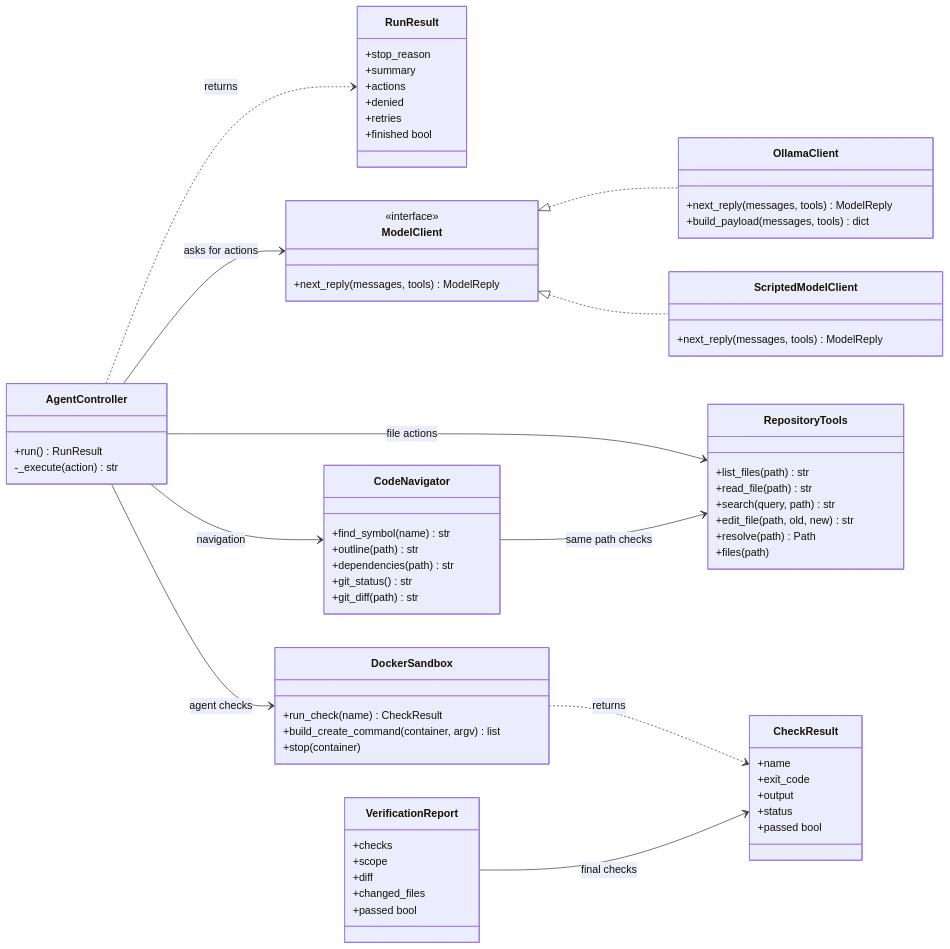
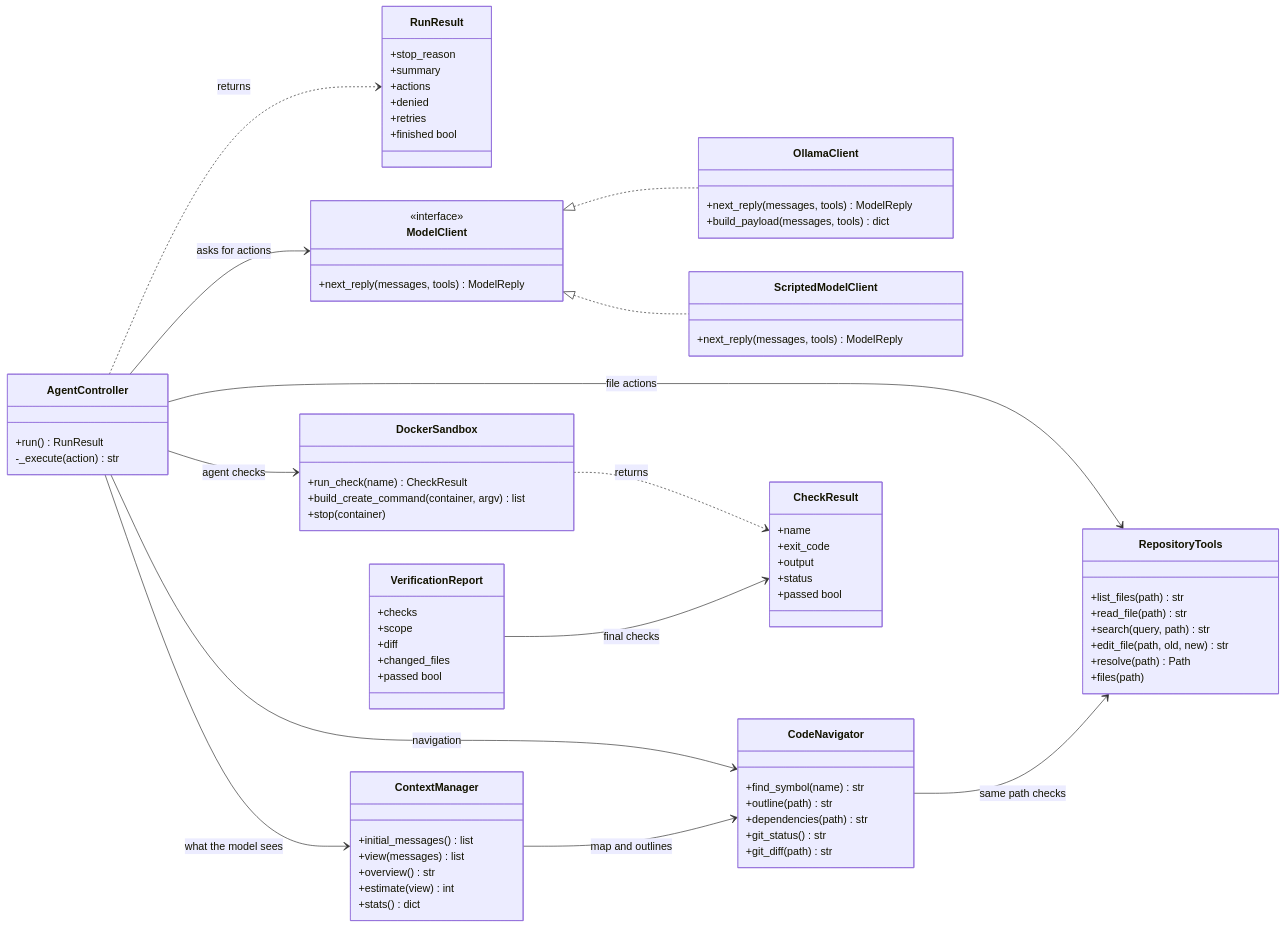
Before and after one commit to linda-gan/swe25-aaia-coding-harness: the second of 5 diagrams in README.md, drawn with Mermaid. The commit also changed other lines of this file and 10 other files, not shown here.

Commit message:
Add context management: repository overview, untrusted markers, size limit

````diff
--- a/README.md
+++ b/README.md
@@ -217,71 +221,80 @@
 ```mermaid
 classDiagram
     direction LR
     class AgentController {
         +run() RunResult
         -_execute(action) str
     }
     class RunResult {
         +stop_reason
         +summary
         +actions
         +denied
         +retries
         +finished bool
     }
     class ModelClient {
         <<interface>>
         +next_reply(messages, tools) ModelReply
     }
     class OllamaClient {
         +next_reply(messages, tools) ModelReply
         +build_payload(messages, tools) dict
     }
     class ScriptedModelClient {
         +next_reply(messages, tools) ModelReply
     }
     class RepositoryTools {
         +list_files(path) str
         +read_file(path) str
         +search(query, path) str
         +edit_file(path, old, new) str
         +resolve(path) Path
         +files(path)
     }
+    class ContextManager {
+        +initial_messages() list
+        +view(messages) list
+        +overview() str
+        +estimate(view) int
+        +stats() dict
+    }
     class CodeNavigator {
         +find_symbol(name) str
         +outline(path) str
         +dependencies(path) str
         +git_status() str
         +git_diff(path) str
     }
     class DockerSandbox {
         +run_check(name) CheckResult
         +build_create_command(container, argv) list
         +stop(container)
     }
     class CheckResult {
         +name
         +exit_code
         +output
         +status
         +passed bool
     }
     class VerificationReport {
         +checks
         +scope
         +diff
         +changed_files
         +passed bool
     }
     ModelClient <|.. OllamaClient
     ModelClient <|.. ScriptedModelClient
     AgentController --> ModelClient : asks for actions
     AgentController --> RepositoryTools : file actions
     AgentController --> CodeNavigator : navigation
+    AgentController --> ContextManager : what the model sees
+    ContextManager --> CodeNavigator : map and outlines
     CodeNavigator --> RepositoryTools : same path checks
     AgentController --> DockerSandbox : agent checks
     AgentController ..> RunResult : returns
     DockerSandbox ..> CheckResult : returns
     VerificationReport --> CheckResult : final checks
 ```
````
